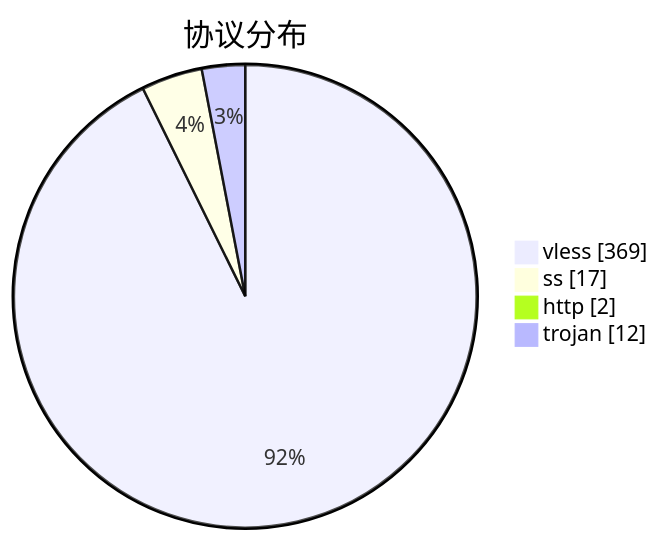
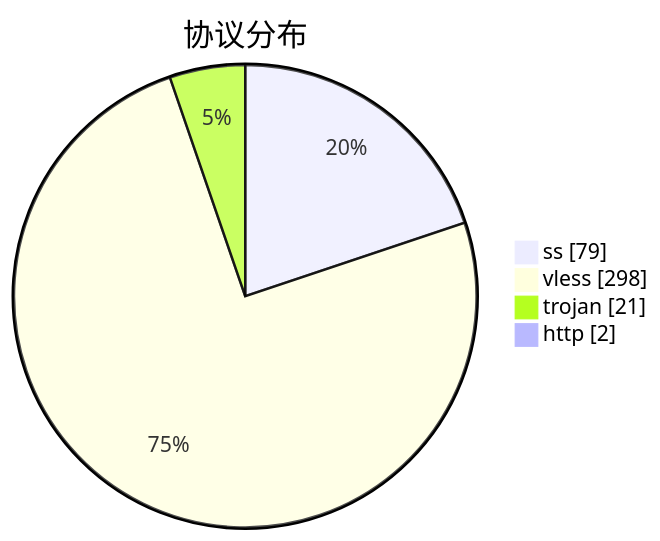
One commit to qjlxg/airport changed the third of 3 diagrams in subs/statistics/tested_within.md. Above: the diagram before and after it, drawn with Mermaid. The commit also changed other lines of this file and 2 other files, not shown here.

````diff
--- a/subs/statistics/tested_within.md
+++ b/subs/statistics/tested_within.md
@@ -29,8 +29,8 @@
 ```mermaid
 pie showData
 title 协议分布
-"vless" : 369
-"ss" : 17
+"ss" : 79
+"vless" : 298
+"trojan" : 21
 "http" : 2
-"trojan" : 12
 ```
````
